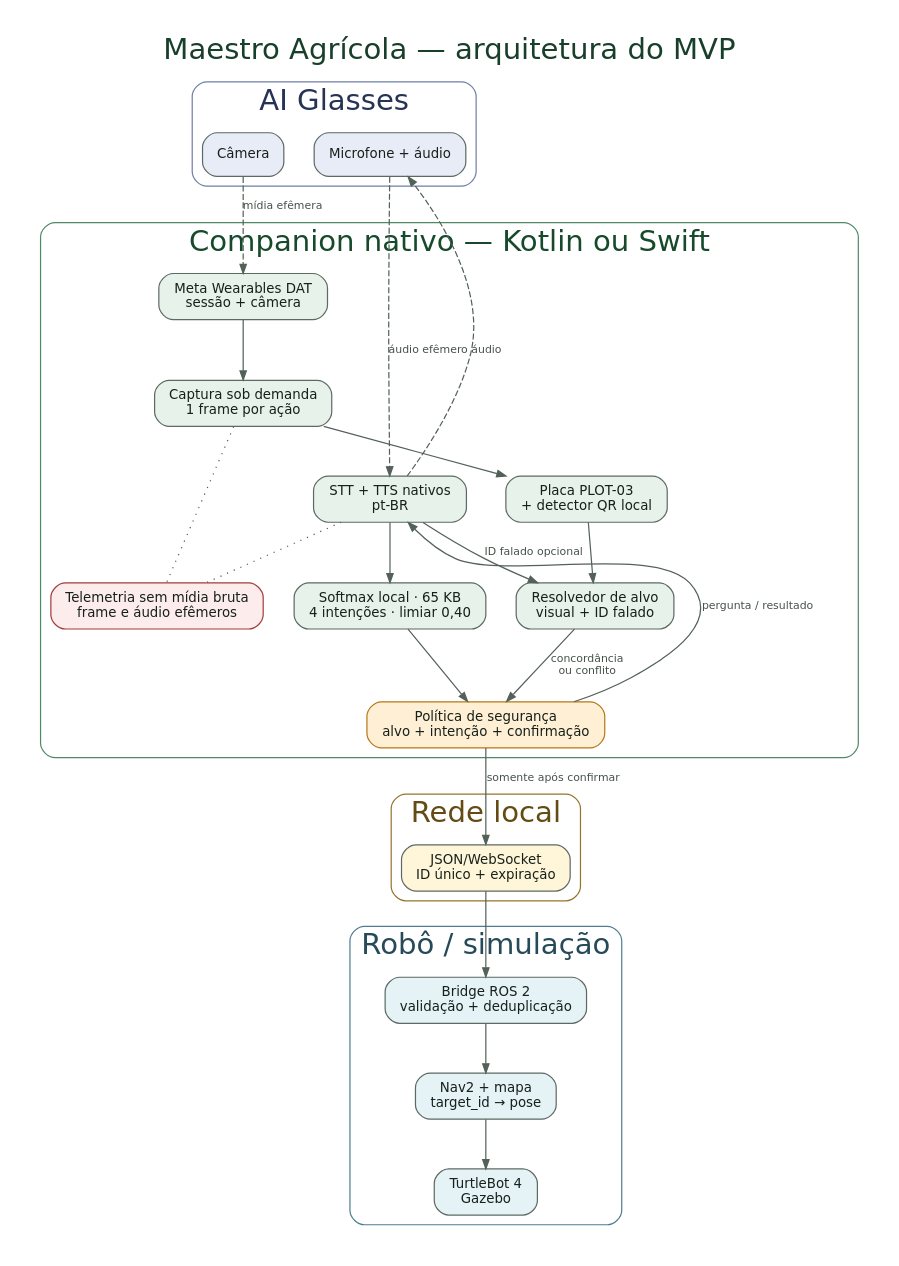
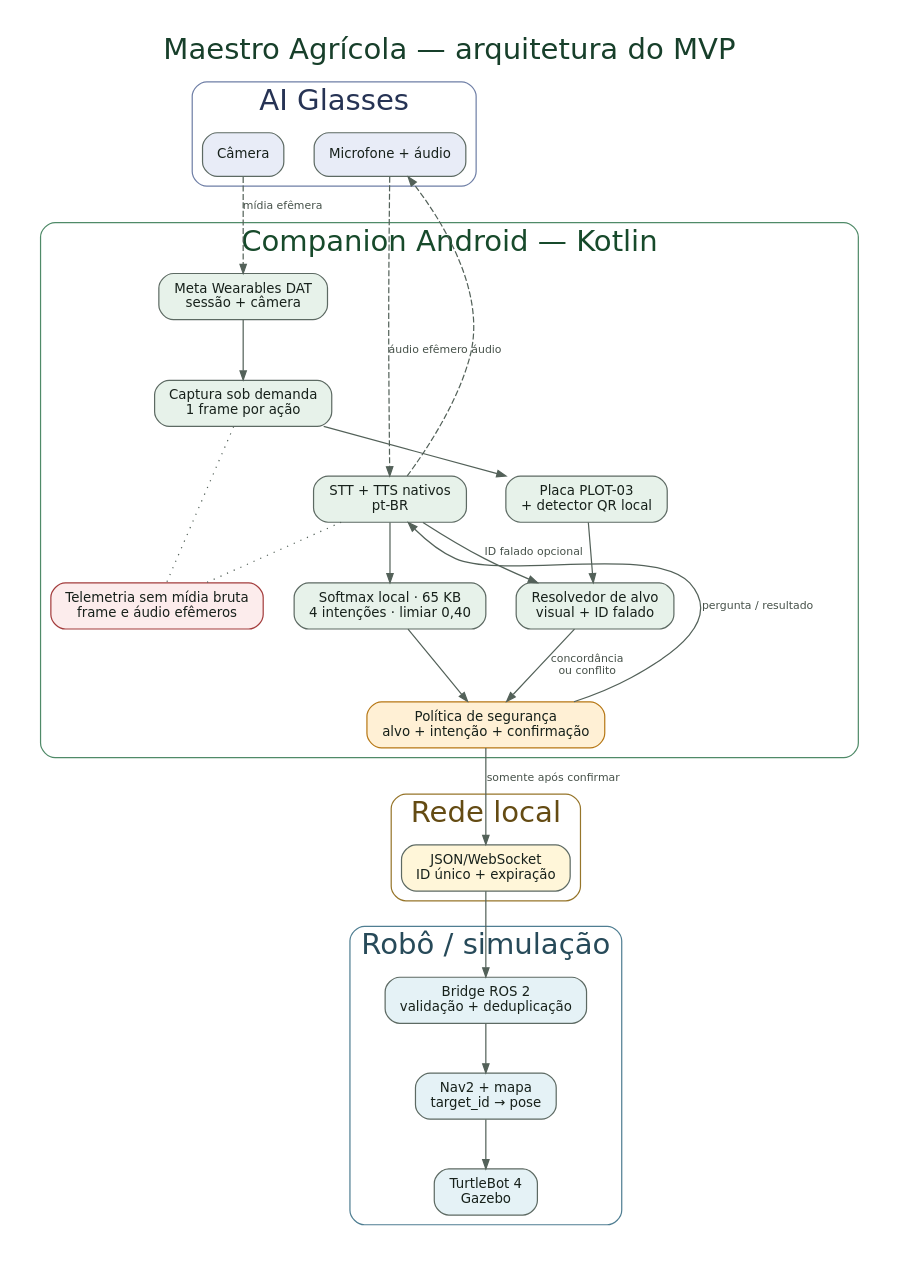
The diagram in docs/submission/architecture.dot (vvvvvdal/maestro-agricola), drawn with Graphviz before and after one commit. The commit also changed 30 other files, not shown here.

```diff
--- a/docs/submission/architecture.dot
+++ b/docs/submission/architecture.dot
@@ -1,48 +1,48 @@
 digraph MaestroAgricola {
   graph [rankdir=TB, bgcolor="white", pad="0.25", nodesep="0.35", ranksep="0.55", fontname="DejaVu Sans", labelloc="t", label="Maestro Agrícola — arquitetura do MVP", fontsize=24, fontcolor="#173F2A"];
   node [shape=box, style="rounded,filled", fontname="DejaVu Sans", fontsize=11, margin="0.16,0.10", color="#5D6A63", fontcolor="#17211B"];
   edge [fontname="DejaVu Sans", fontsize=9, color="#536159", fontcolor="#465149", arrowsize=0.75];
 
   subgraph cluster_glasses {
     label="AI Glasses"; color="#6F7FA6"; fontcolor="#263354"; style="rounded";
     CAM [label="Câmera", fillcolor="#E8ECF7"];
     AUD [label="Microfone + áudio", fillcolor="#E8ECF7"];
   }
 
   subgraph cluster_mobile {
-    label="Companion nativo — Kotlin ou Swift"; color="#4F8A68"; fontcolor="#174A2B"; style="rounded";
+    label="Companion Android — Kotlin"; color="#4F8A68"; fontcolor="#174A2B"; style="rounded";
     DAT [label="Meta Wearables DAT\nsessão + câmera", fillcolor="#E7F2EA"];
     FRAME [label="Captura sob demanda\n1 frame por ação", fillcolor="#E7F2EA"];
     QR [label="Placa PLOT-03\n+ detector QR local", fillcolor="#E7F2EA"];
     VOICE [label="STT + TTS nativos\npt-BR", fillcolor="#E7F2EA"];
     AI [label="Softmax local · 65 KB\n4 intenções · limiar 0,40", fillcolor="#E7F2EA"];
     TARGET [label="Resolvedor de alvo\nvisual + ID falado", fillcolor="#E7F2EA"];
     FSM [label="Política de segurança\nalvo + intenção + confirmação", fillcolor="#FFF0D5", color="#B77816"];
     PRIV [label="Telemetria sem mídia bruta\nframe e áudio efêmeros", fillcolor="#FCECEC", color="#A33C3C"];
   }
 
   subgraph cluster_network {
     label="Rede local"; color="#96752A"; fontcolor="#644B13"; style="rounded";
     WS [label="JSON/WebSocket\nID único + expiração", fillcolor="#FFF6D9"];
   }
 
   subgraph cluster_robot {
     label="Robô / simulação"; color="#4F7E92"; fontcolor="#274A59"; style="rounded";
     BRIDGE [label="Bridge ROS 2\nvalidação + deduplicação", fillcolor="#E5F2F6"];
     NAV [label="Nav2 + mapa\ntarget_id → pose", fillcolor="#E5F2F6"];
     TB4 [label="TurtleBot 4\nGazebo", fillcolor="#E5F2F6"];
   }
 
   CAM -> DAT [style=dashed, label="mídia efêmera"];
   DAT -> FRAME -> QR -> TARGET;
   AUD -> VOICE [style=dashed, label="áudio efêmero"];
   VOICE -> AI -> FSM;
   VOICE -> TARGET [label="ID falado opcional"];
   TARGET -> FSM [label="concordância\nou conflito"];
   FSM -> VOICE [label="pergunta / resultado", constraint=false];
   VOICE -> AUD [style=dashed, label="áudio", constraint=false];
   FSM -> WS [label="somente após confirmar"];
   WS -> BRIDGE -> NAV -> TB4;
   FRAME -> PRIV [style=dotted, arrowhead=none];
   VOICE -> PRIV [style=dotted, arrowhead=none];
 }
```
